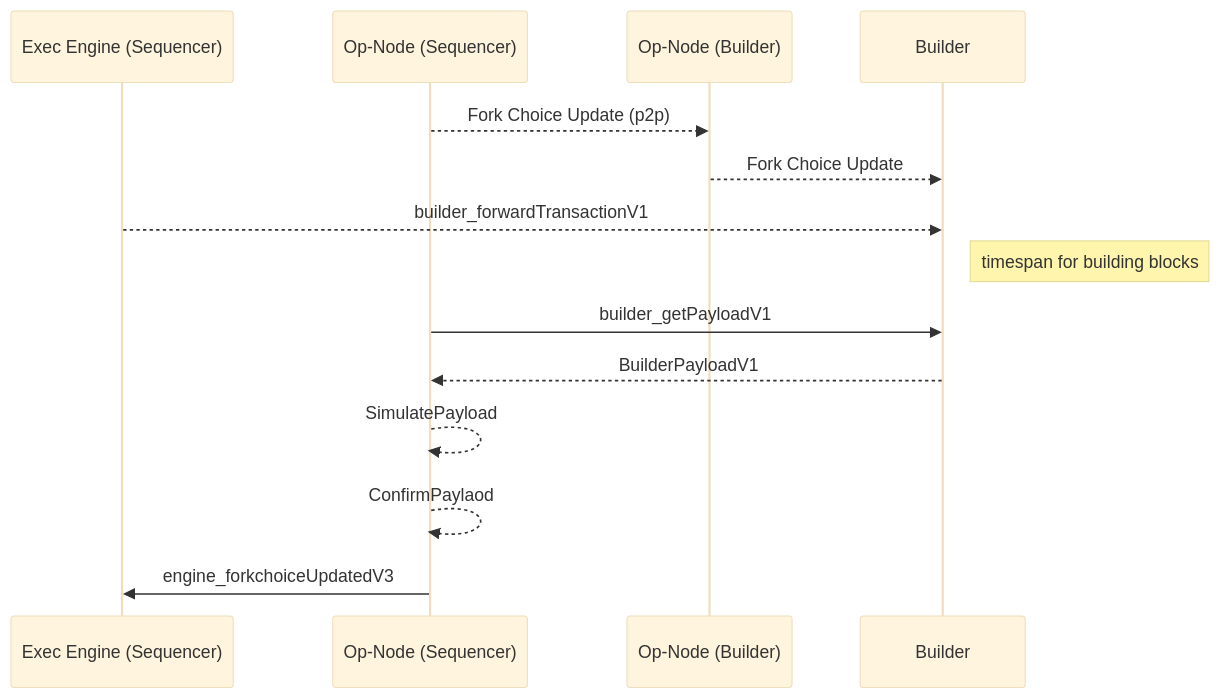
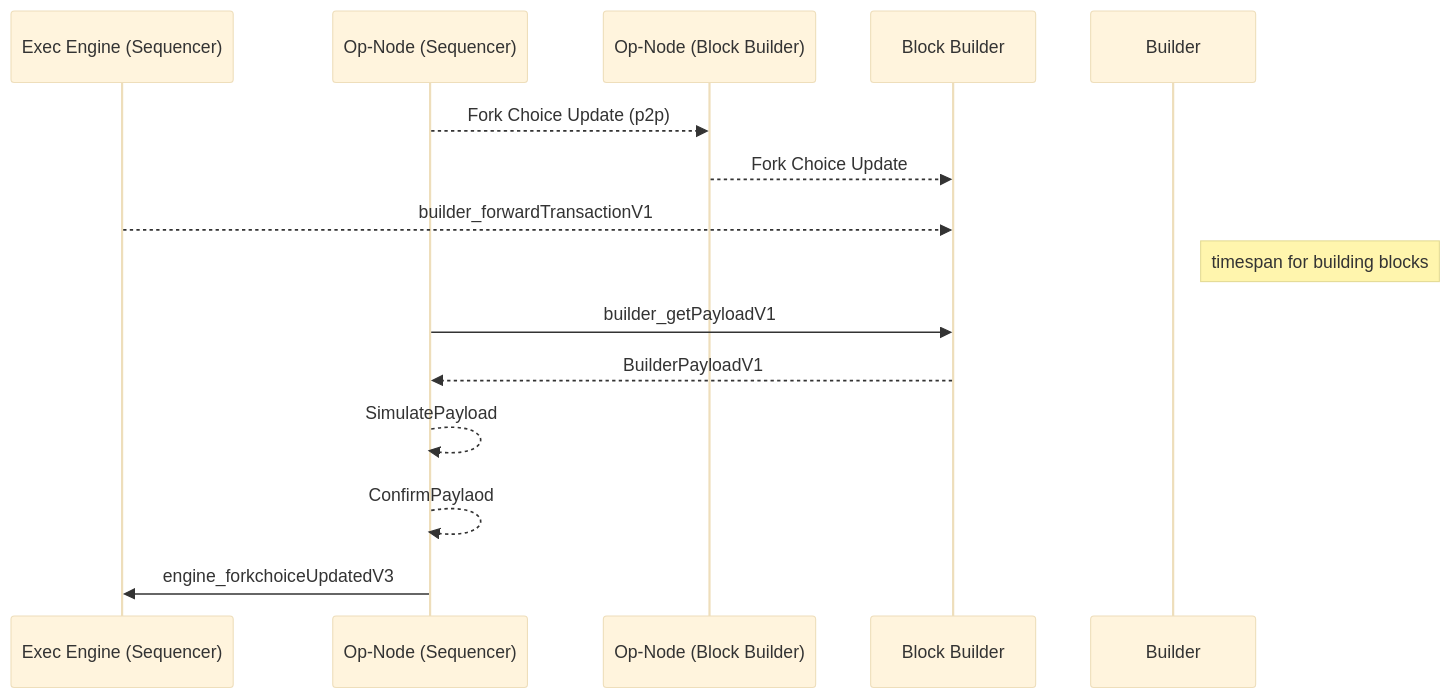
The diagram in specs/experimental/builder.md (ethereum-optimism/specs), drawn with Mermaid (base theme) before and after one commit. The commit also changed other lines of this file, not shown here.

````diff
--- a/specs/experimental/builder.md
+++ b/specs/experimental/builder.md
@@ -38,18 +38,18 @@
 ```mermaid
 sequenceDiagram
     participant EES as Exec Engine (Sequencer)
     participant OPS as Op-Node (Sequencer)
-    participant OPB as Op-Node (Builder)
-    participant Builder
+    participant OPB as Op-Node (Block Builder)
+    participant BB as Block Builder
     OPS-->> OPB: Fork Choice Update (p2p)
-    OPB-->>Builder: Fork Choice Update
+    OPB-->>BB: Fork Choice Update
     
-    EES-->>Builder:   builder_forwardTransactionV1
+    EES-->>BB:   builder_forwardTransactionV1
     Note right of Builder: timespan for building blocks
-    OPS->> Builder: builder_getPayloadV1
-    Builder-->>OPS: BuilderPayloadV1
+    OPS->> BB: builder_getPayloadV1
+    BB-->>OPS: BuilderPayloadV1
     OPS-->>OPS: SimulatePayload
     OPS-->>OPS: ConfirmPaylaod
     OPS ->> EES: engine_forkchoiceUpdatedV3
 
 ```
````
